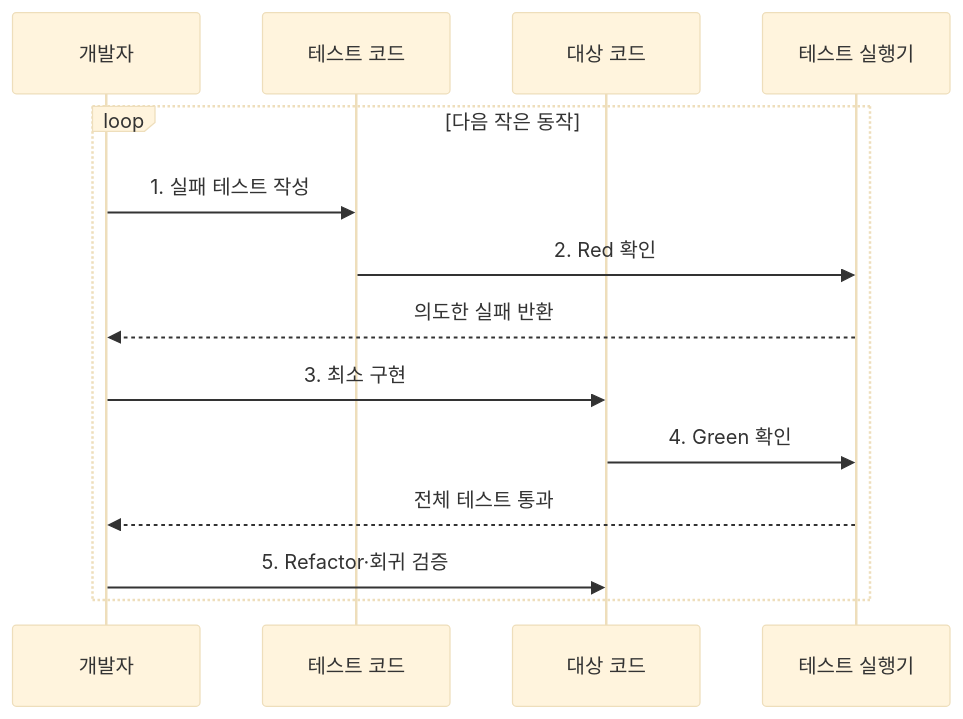
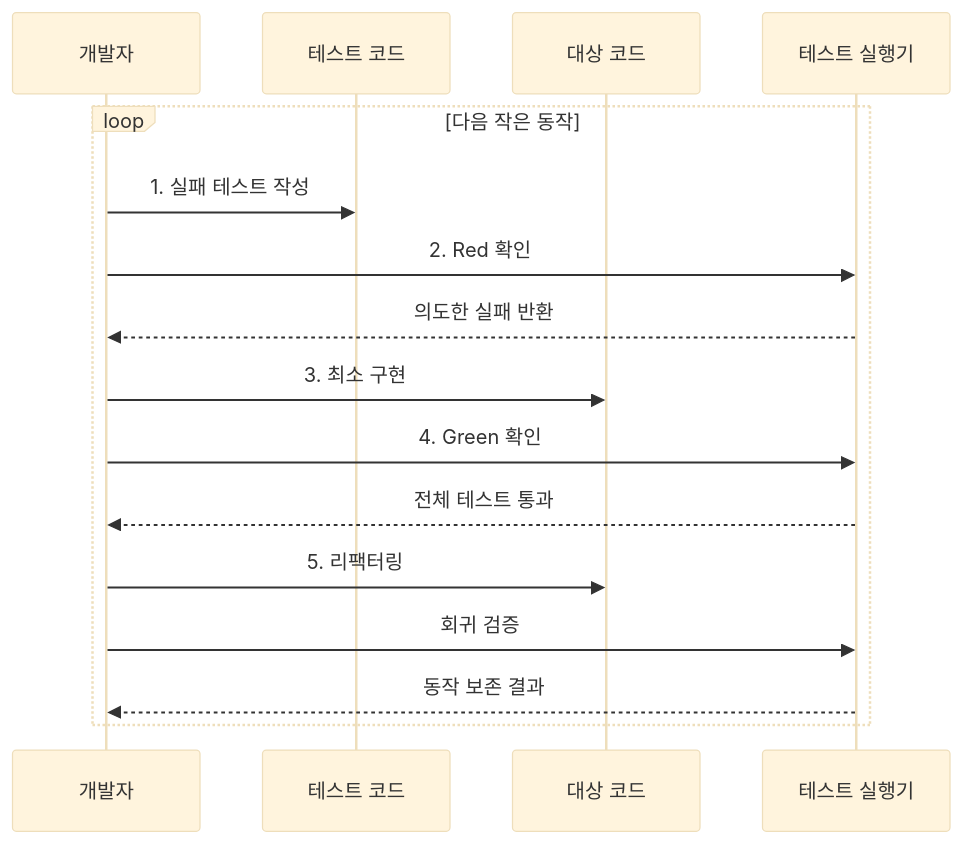
The second of 2 diagrams in src/content/docs/notes/03-software/059_test_driven_development.md (agnusdei1207/knowledge-base), drawn with Mermaid (base theme) before and after one commit. The commit also changed other lines of this file and 20 other files, not shown here.

````diff
--- a/src/content/docs/notes/03-software/059_test_driven_development.md
+++ b/src/content/docs/notes/03-software/059_test_driven_development.md
@@ -80,16 +80,18 @@
 ```mermaid
 sequenceDiagram
     participant D as 개발자
     participant T as 테스트 코드
     participant S as 대상 코드
     participant R as 테스트 실행기
     loop 다음 작은 동작
         D->>T: 1. 실패 테스트 작성
-        T->>R: 2. Red 확인
+        D->>R: 2. Red 확인
         R-->>D: 의도한 실패 반환
         D->>S: 3. 최소 구현
-        S->>R: 4. Green 확인
+        D->>R: 4. Green 확인
         R-->>D: 전체 테스트 통과
-        D->>S: 5. Refactor·회귀 검증
+        D->>S: 5. 리팩터링
+        D->>R: 회귀 검증
+        R-->>D: 동작 보존 결과
     end
 ```
````
